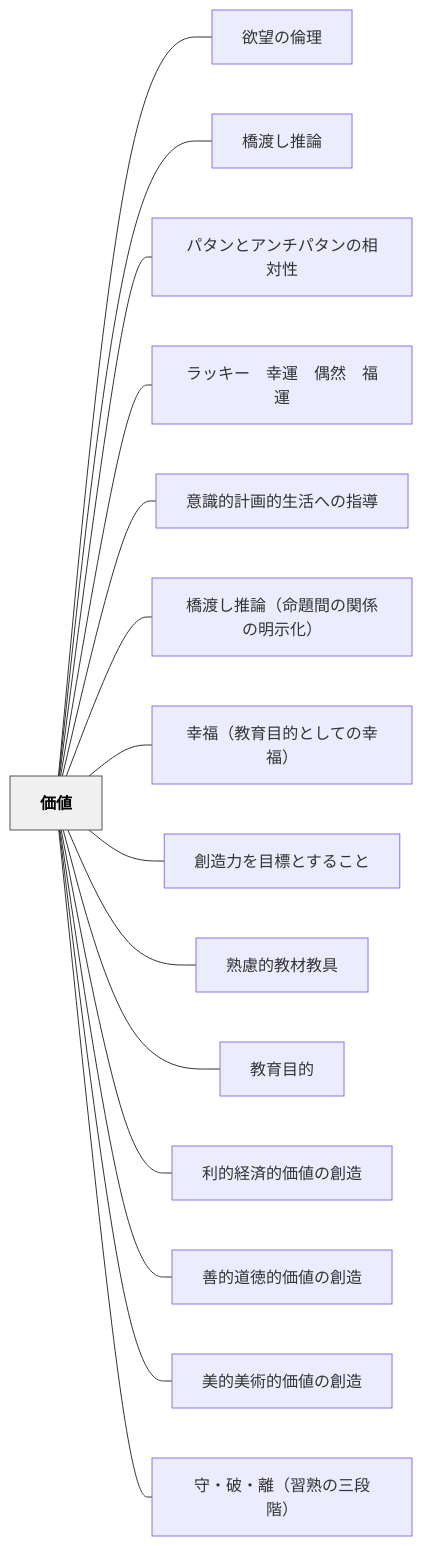
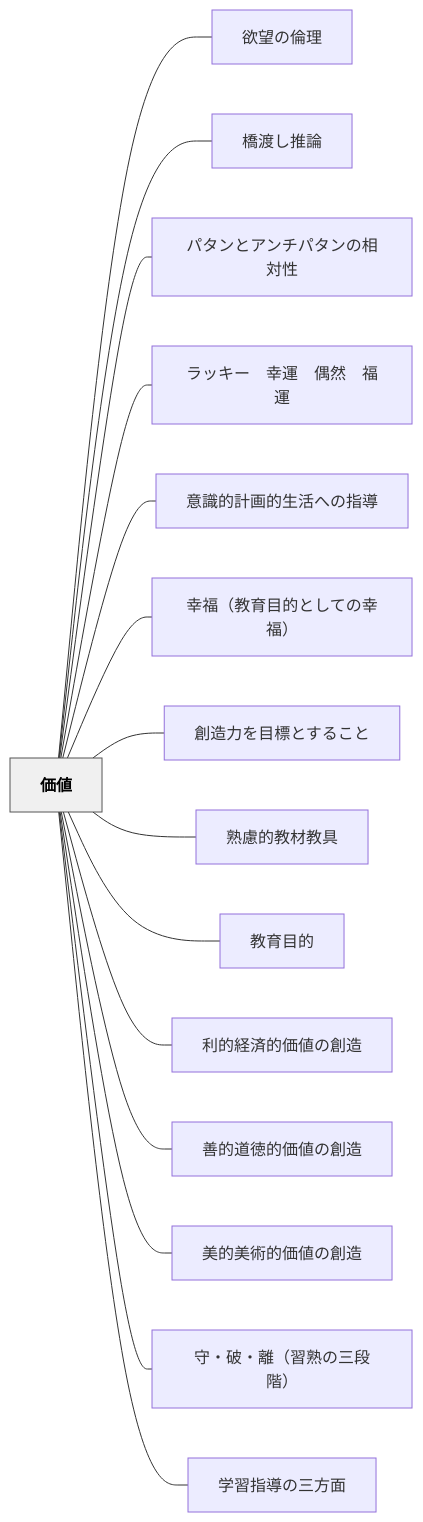
The diagram in content/パタン/価値.md (unknownthings-ed-patterns/unknownthings-ed-patterns), drawn with Mermaid before and after one commit. The commit also changed other lines of this file and 18 other files, not shown here.

````diff
--- a/content/パタン/価値.md
+++ b/content/パタン/価値.md
@@ -157,36 +156,36 @@
 ```mermaid
 flowchart LR
     ne4bea1e580a4["価値"]
     ne6acb2e69c9be381aee580abe79086["欲望の倫理"]
     ne6a98be6b8a1e38197e68ea8e8ab96["橋渡し推論"]
     ne38391e382bfe383b3e381a8e382a2e383b3e38381e38391e382bfe383b3e381aee79bb8e5afbee680a7["パタンとアンチパタンの相対性"]
     ne383a9e38383e382ade383bce38080e5b9b8e9818be38080e581b6e784b6e38080e7a68fe9818b["ラッキー　幸運　偶然　福運"]
     ne6848fe8ad98e79a84e8a888e794bbe79a84e7949fe6b4bbe381b8e381aee68c87e5b08e["意識的計画的生活への指導"]
-    ne6a98be6b8a1e38197e68ea8e8ab96efbc88e591bde9a18ce99693e381aee996a2e4bf82e381aee6988ee7a4bae58c96efbc89["橋渡し推論（命題間の関係の明示化）"]
     ne5b9b8e7a68fefbc88e69599e882b2e79baee79a84e381a8e38197e381a6e381aee5b9b8e7a68fefbc89["幸福（教育目的としての幸福）"]
     ne589b5e980a0e58a9be38292e79baee6a899e381a8e38199e3828be38193e381a8["創造力を目標とすること"]
     ne7869fe685aee79a84e69599e69d90e69599e585b7["熟慮的教材教具"]
     ne69599e882b2e79baee79a84["教育目的"]
     ne588a9e79a84e7b58ce6b888e79a84e4bea1e580a4e381aee589b5e980a0["利的経済的価値の創造"]
     ne59684e79a84e98193e5beb3e79a84e4bea1e580a4e381aee589b5e980a0["善的道徳的価値の創造"]
     ne7be8ee79a84e7be8ee8a193e79a84e4bea1e580a4e381aee589b5e980a0["美的美術的価値の創造"]
     ne5ae88e383bbe7a0b4e383bbe99ba2efbc88e7bf92e7869fe381aee4b889e6aeb5e99a8eefbc89["守・破・離（習熟の三段階）"]
+    ne5ada6e7bf92e68c87e5b08ee381aee4b889e696b9e99da2["学習指導の三方面"]
 
     ne4bea1e580a4 --- ne6acb2e69c9be381aee580abe79086
     ne4bea1e580a4 --- ne6a98be6b8a1e38197e68ea8e8ab96
     ne4bea1e580a4 --- ne38391e382bfe383b3e381a8e382a2e383b3e38381e38391e382bfe383b3e381aee79bb8e5afbee680a7
     ne4bea1e580a4 --- ne383a9e38383e382ade383bce38080e5b9b8e9818be38080e581b6e784b6e38080e7a68fe9818b
     ne4bea1e580a4 --- ne6848fe8ad98e79a84e8a888e794bbe79a84e7949fe6b4bbe381b8e381aee68c87e5b08e
-    ne4bea1e580a4 --- ne6a98be6b8a1e38197e68ea8e8ab96efbc88e591bde9a18ce99693e381aee996a2e4bf82e381aee6988ee7a4bae58c96efbc89
     ne4bea1e580a4 --- ne5b9b8e7a68fefbc88e69599e882b2e79baee79a84e381a8e38197e381a6e381aee5b9b8e7a68fefbc89
     ne4bea1e580a4 --- ne589b5e980a0e58a9be38292e79baee6a899e381a8e38199e3828be38193e381a8
     ne4bea1e580a4 --- ne7869fe685aee79a84e69599e69d90e69599e585b7
     ne4bea1e580a4 --- ne69599e882b2e79baee79a84
     ne4bea1e580a4 --- ne588a9e79a84e7b58ce6b888e79a84e4bea1e580a4e381aee589b5e980a0
     ne4bea1e580a4 --- ne59684e79a84e98193e5beb3e79a84e4bea1e580a4e381aee589b5e980a0
     ne4bea1e580a4 --- ne7be8ee79a84e7be8ee8a193e79a84e4bea1e580a4e381aee589b5e980a0
     ne4bea1e580a4 --- ne5ae88e383bbe7a0b4e383bbe99ba2efbc88e7bf92e7869fe381aee4b889e6aeb5e99a8eefbc89
+    ne4bea1e580a4 --- ne5ada6e7bf92e68c87e5b08ee381aee4b889e696b9e99da2
 
     classDef hub fill:#f0f0f0,stroke:#555,color:#000,font-weight:bold
     class ne4bea1e580a4 hub
 ```
````
